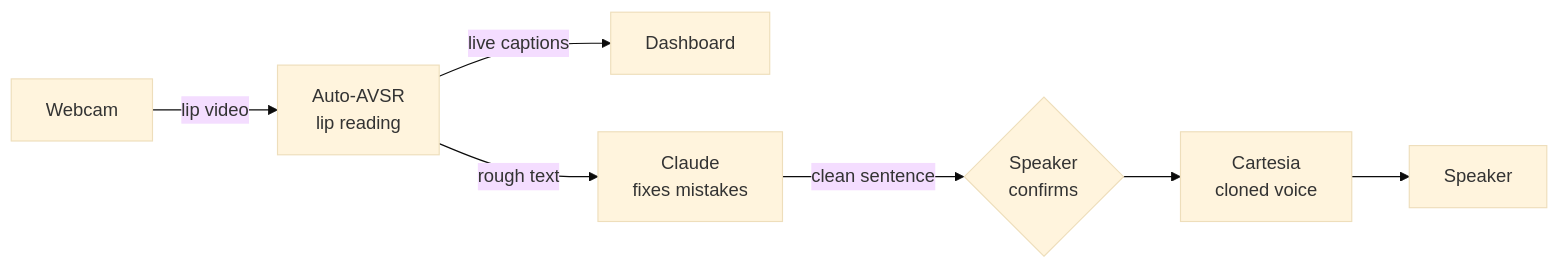
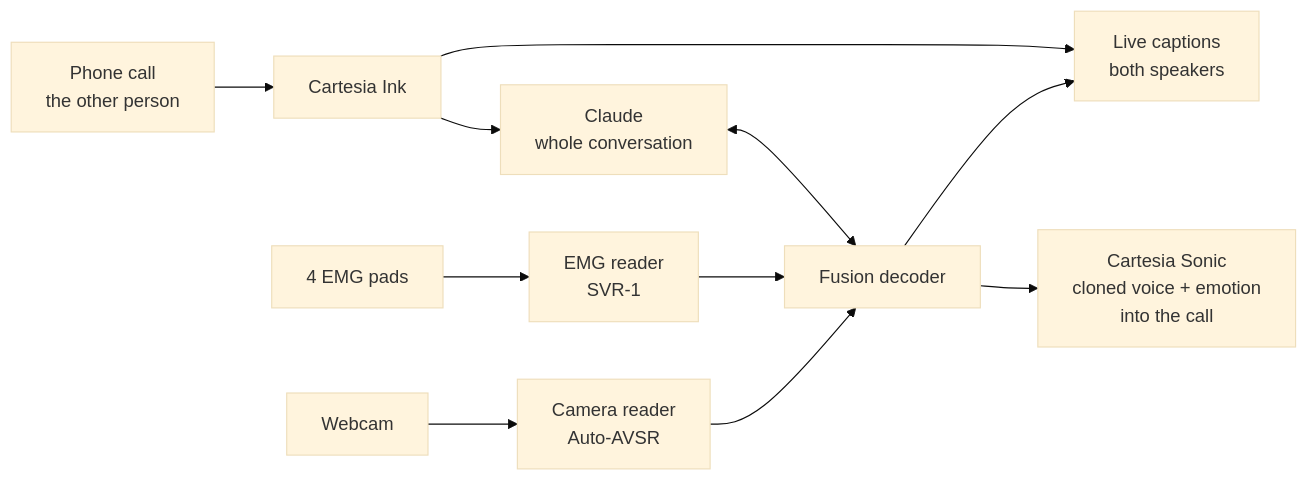
The diagram in README.md (thaimtl/Reclaim), drawn with Mermaid (base theme) before and after one commit. The commit also changed other lines of this file and 100 other files, not shown here.

````diff
--- a/README.md
+++ b/README.md
@@ -26,9 +21,13 @@
 ```mermaid
 flowchart LR
-    W[Webcam] -->|lip video| AV[Auto-AVSR<br/>lip reading]
-    AV -->|live captions| D[Dashboard]
-    AV -->|rough text| CL[Claude<br/>fixes mistakes]
-    CL -->|clean sentence| OK{Speaker<br/>confirms}
-    OK --> V[Cartesia<br/>cloned voice]
-    V --> S[Speaker]
+    W[Webcam] --> AV[Camera reader<br/>Auto-AVSR]
+    P[4 EMG pads] --> E[EMG reader<br/>SVR-1]
+    AV --> D[Fusion decoder]
+    E --> D
+    M[Phone call<br/>the other person] --> I[Cartesia Ink]
+    I --> C[Claude<br/>whole conversation]
+    C <--> D
+    D --> CAP[Live captions<br/>both speakers]
+    I --> CAP
+    D --> V[Cartesia Sonic<br/>cloned voice + emotion<br/>into the call]
 ```
````
